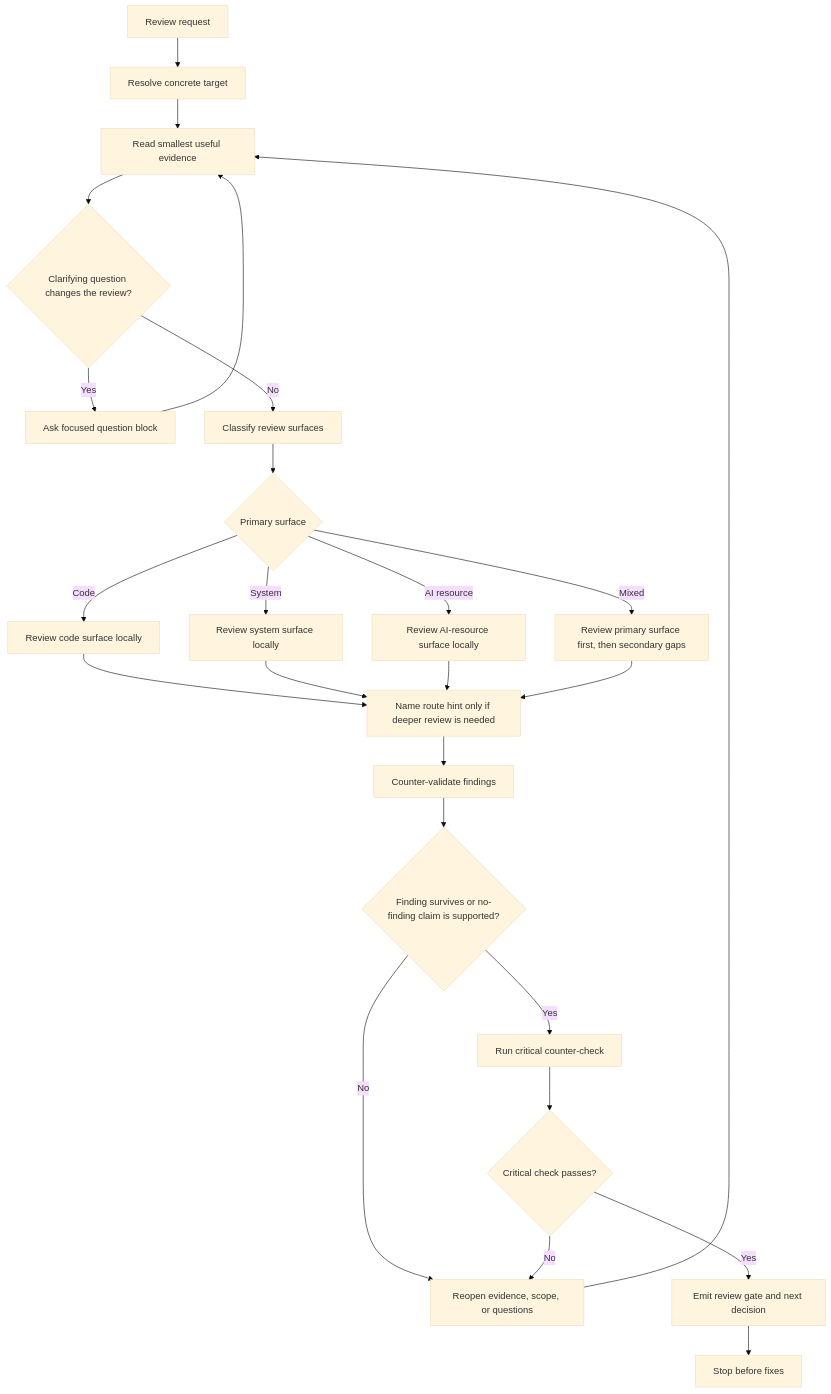
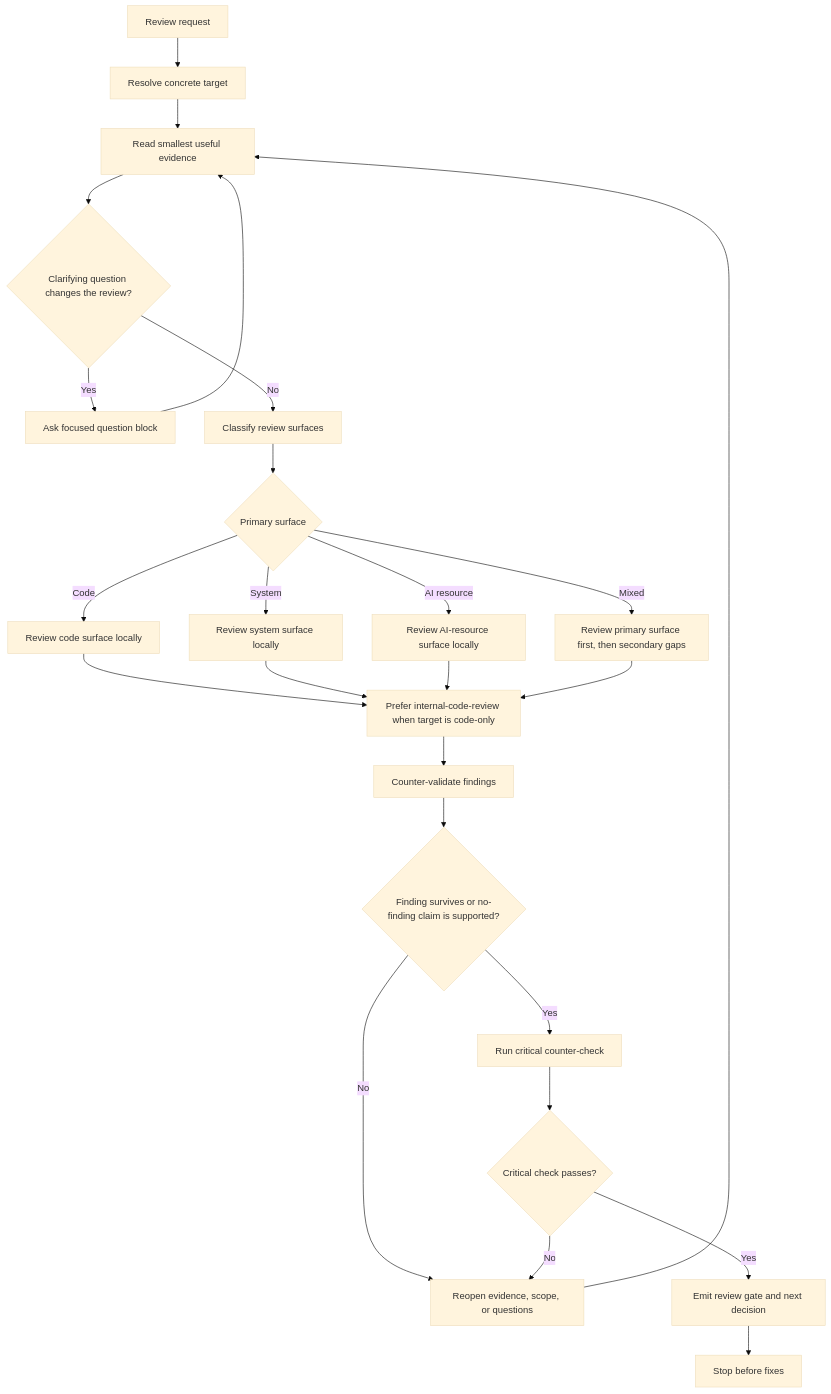
Before and after one commit to pagopa/cloud-strategy.github: the diagram in .github/skills/internal-gateway-review/SKILL.md, drawn with Mermaid (base theme). The commit also changed other lines of this file and 5 other files, not shown here.

Commit message:
refactor: add internal-code-review agent and update related documentation for clarity

````diff
--- a/.github/skills/internal-gateway-review/SKILL.md
+++ b/.github/skills/internal-gateway-review/SKILL.md
@@ -35,27 +36,27 @@
 ```mermaid
 flowchart TD
   A[Review request] --> B[Resolve concrete target]
   B --> C[Read smallest useful evidence]
   C --> D{Clarifying question changes the review?}
   D -->|Yes| E[Ask focused question block]
   E --> C
   D -->|No| F[Classify review surfaces]
   F --> G{Primary surface}
   G -->|Code| H[Review code surface locally]
   G -->|System| I[Review system surface locally]
   G -->|AI resource| J[Review AI-resource surface locally]
   G -->|Mixed| K[Review primary surface first, then secondary gaps]
-  H --> L[Name route hint only if deeper review is needed]
+   H --> L[Prefer internal-code-review when target is code-only]
   I --> L
   J --> L
   K --> L
   L --> M[Counter-validate findings]
   M --> N{Finding survives or no-finding claim is supported?}
   N -->|No| O[Reopen evidence, scope, or questions]
   O --> C
   N -->|Yes| P[Run critical counter-check]
   P --> Q{Critical check passes?}
   Q -->|No| O
   Q -->|Yes| R[Emit review gate and next decision]
   R --> S[Stop before fixes]
 ```
````
